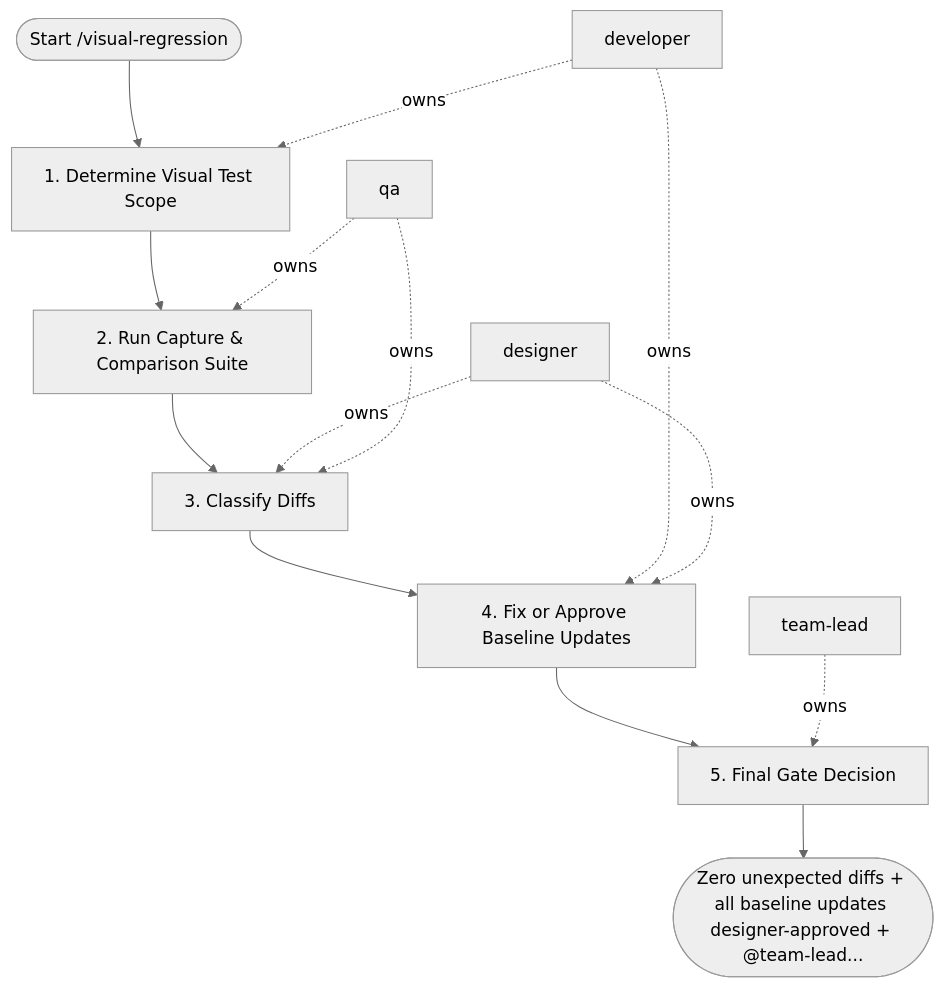
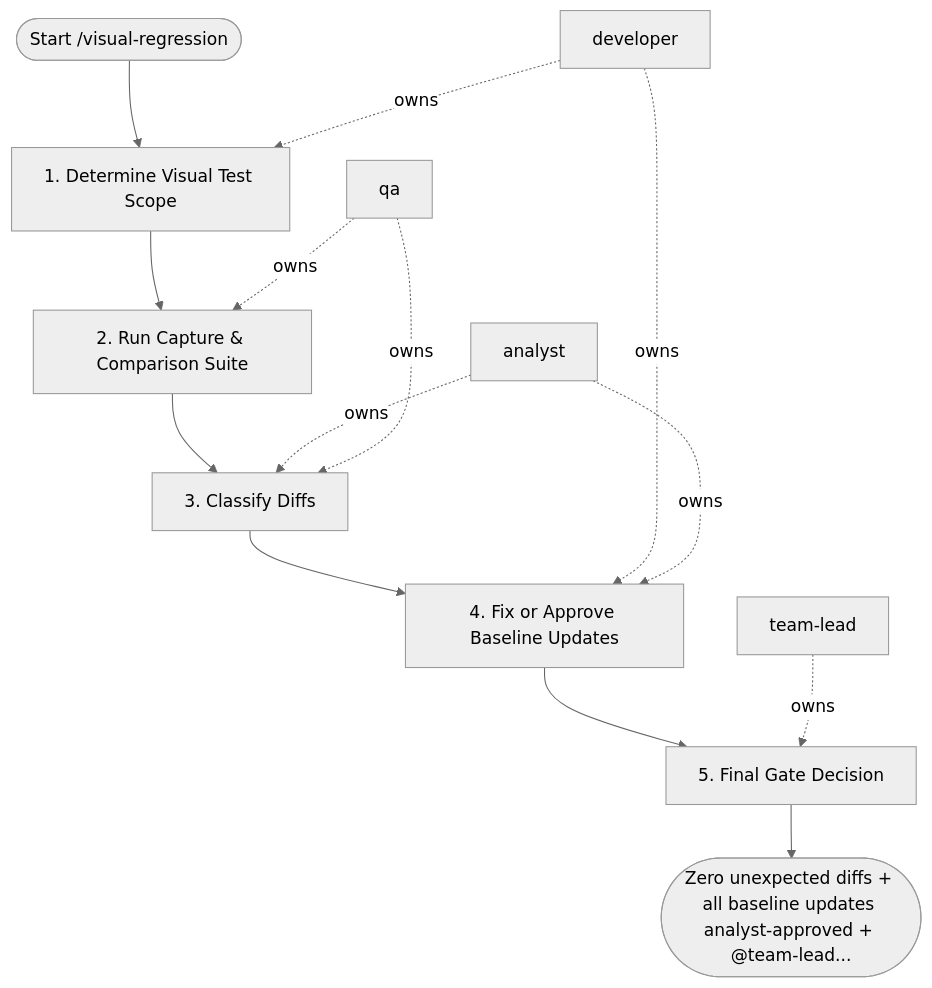
The diagram in areas/software/frontend/workflows/visual-regression.md (sawrus/agent-guides), drawn with Mermaid (neutral theme) before and after one commit. The commit also changed other lines of this file and 135 other files, not shown here.

````diff
--- a/areas/software/frontend/workflows/visual-regression.md
+++ b/areas/software/frontend/workflows/visual-regression.md
@@ -68,27 +68,27 @@
 ```mermaid
 flowchart TD
   start(["Start /visual-regression"])
   role_1["developer"]
   role_2["qa"]
-  role_3["designer"]
+  role_3["analyst"]
   role_4["team-lead"]
   step_1["1. Determine Visual Test Scope"]
   step_2["2. Run Capture & Comparison Suite"]
   step_3["3. Classify Diffs"]
   step_4["4. Fix or Approve Baseline Updates"]
   step_5["5. Final Gate Decision"]
-  exit(["Zero unexpected diffs + all baseline updates designer-approved + @team-lead..."])
+  exit(["Zero unexpected diffs + all baseline updates analyst-approved + @team-lead..."])
   start --> step_1
   step_1 --> step_2
   step_2 --> step_3
   step_3 --> step_4
   step_4 --> step_5
   step_5 --> exit
   role_1 -. owns .-> step_1
   role_2 -. owns .-> step_2
   role_3 -. owns .-> step_3
   role_2 -. owns .-> step_3
   role_1 -. owns .-> step_4
   role_3 -. owns .-> step_4
   role_4 -. owns .-> step_5
 ```
````
